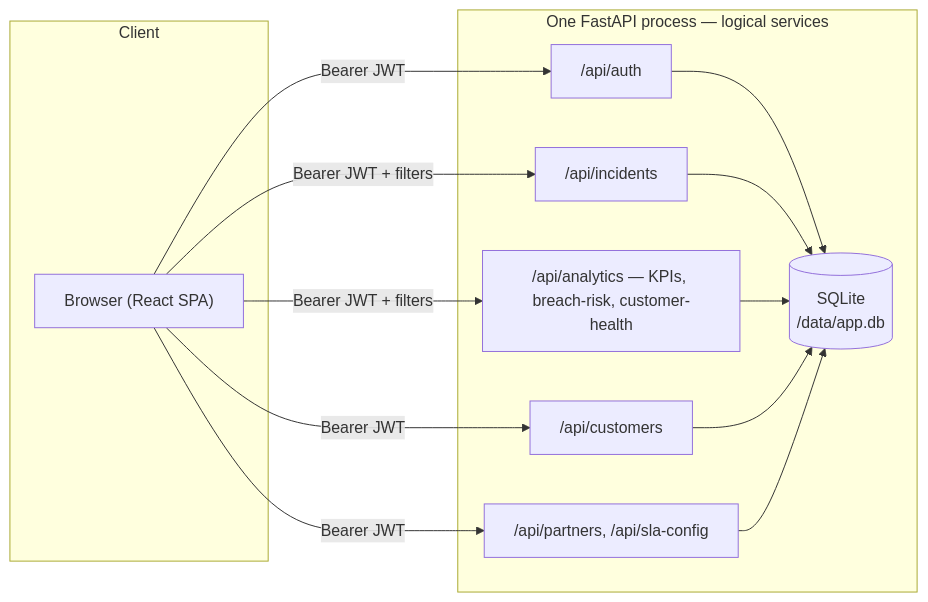
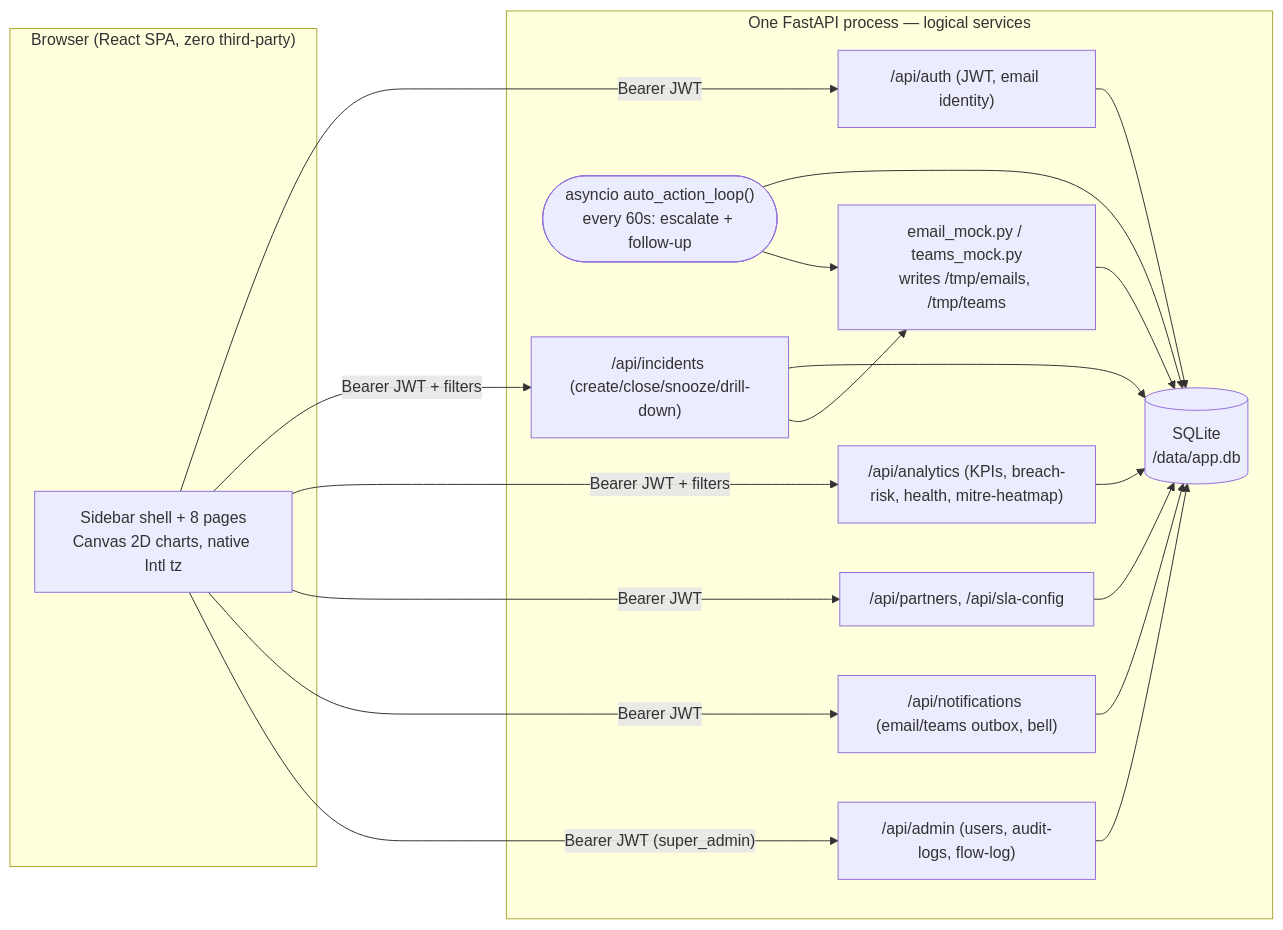
One commit to VaibhavNarule-AI/demo-hacathon changed the diagram in README.md. Above: the diagram before and after it, drawn with Mermaid. The commit also changed other lines of this file and 43 other files, not shown here.

First line of the commit message:
feat: PulseSOC final build - zero third-party, 8-page sidebar, live SLA automation

````diff
--- a/README.md
+++ b/README.md
@@ -34,24 +61,33 @@
 ```mermaid
 flowchart LR
-    subgraph Client
-        Browser["Browser (React SPA)"]
+    subgraph Client["Browser (React SPA, zero third-party)"]
+        UI["Sidebar shell + 8 pages<br/>Canvas 2D charts, native Intl tz"]
     end
     subgraph App["One FastAPI process — logical services"]
-        AUTH["/api/auth"]
-        INC["/api/incidents"]
-        ANA["/api/analytics — KPIs, breach-risk, customer-health"]
-        CUST["/api/customers"]
+        AUTH["/api/auth (JWT, email identity)"]
+        INC["/api/incidents (create/close/snooze/drill-down)"]
+        ANA["/api/analytics (KPIs, breach-risk, health, mitre-heatmap)"]
         PART["/api/partners, /api/sla-config"]
+        NOTIF["/api/notifications (email/teams outbox, bell)"]
+        ADMIN["/api/admin (users, audit-logs, flow-log)"]
+        LOOP(["asyncio auto_action_loop()<br/>every 60s: escalate + follow-up"])
         DB[("SQLite\n/data/app.db")]
+        MOCKS["email_mock.py / teams_mock.py<br/>writes /tmp/emails, /tmp/teams"]
     end
-    Browser -- "Bearer JWT" --> AUTH
-    Browser -- "Bearer JWT + filters" --> INC
-    Browser -- "Bearer JWT + filters" --> ANA
-    Browser -- "Bearer JWT" --> CUST
-    Browser -- "Bearer JWT" --> PART
+    UI -- "Bearer JWT" --> AUTH
+    UI -- "Bearer JWT + filters" --> INC
+    UI -- "Bearer JWT + filters" --> ANA
+    UI -- "Bearer JWT" --> PART
+    UI -- "Bearer JWT" --> NOTIF
+    UI -- "Bearer JWT (super_admin)" --> ADMIN
     AUTH --> DB
     INC --> DB
     ANA --> DB
-    CUST --> DB
     PART --> DB
+    NOTIF --> DB
+    ADMIN --> DB
+    LOOP --> DB
+    LOOP --> MOCKS
+    INC --> MOCKS
+    MOCKS --> DB
 ```
````
